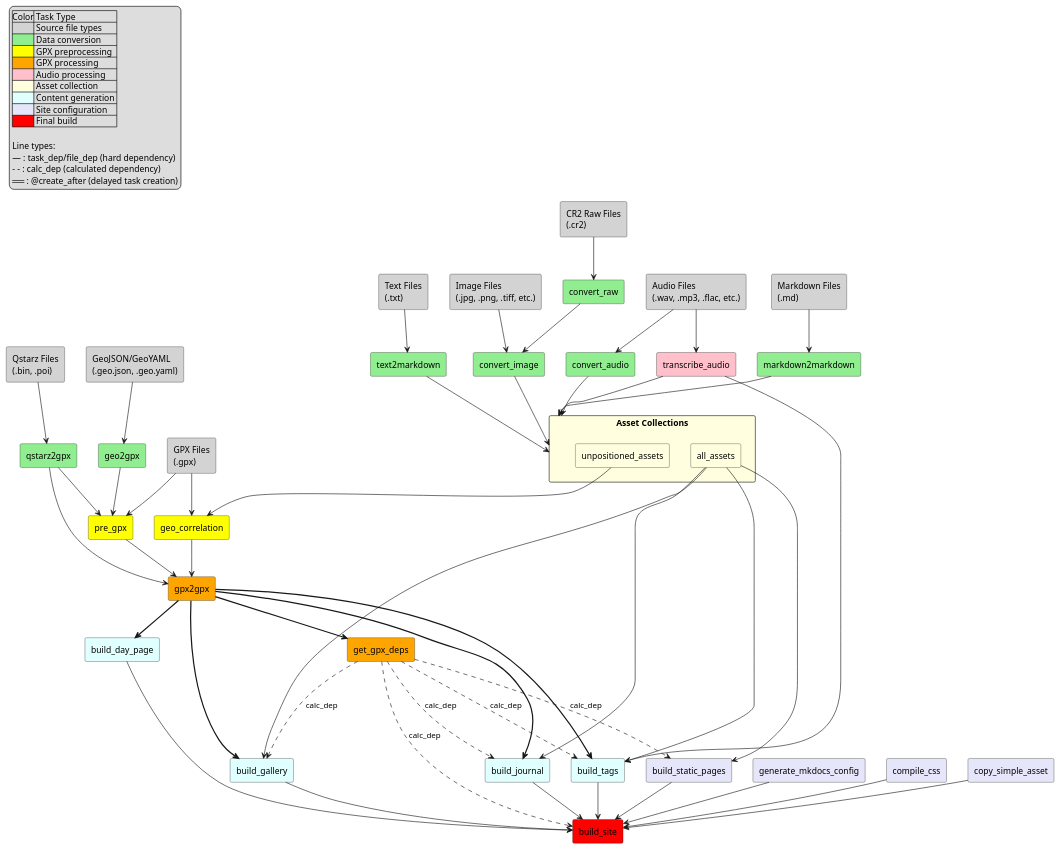
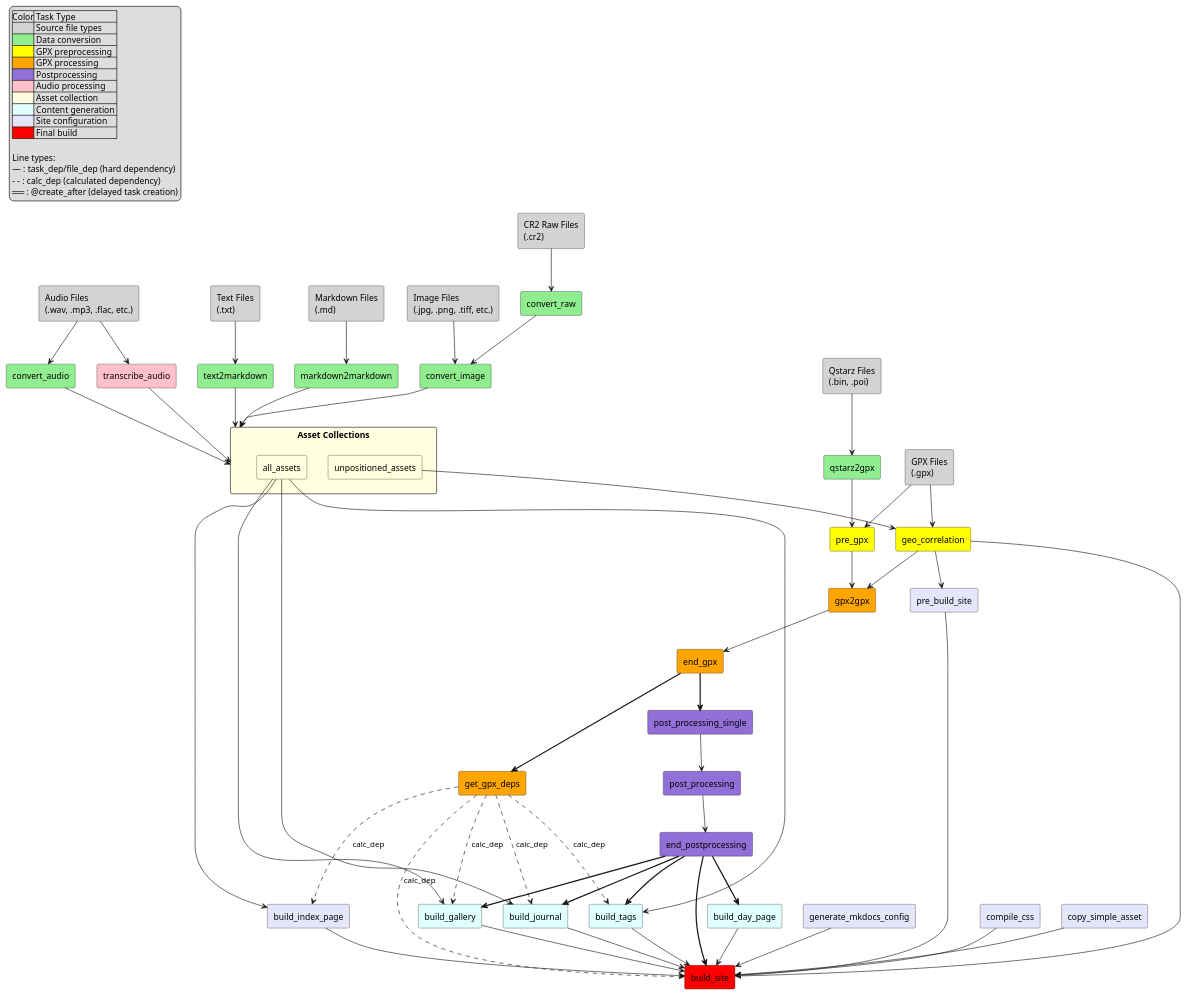
One commit to bytehexe/mkmapdiary changed the diagram in docs/reference/task-dependencies.puml. Above: the diagram before and after it, drawn with PlantUML. The commit also changed 1 other file, not shown here.

Commit message:
docs: Update task dependencies documentation

```diff
--- a/docs/reference/task-dependencies.puml
+++ b/docs/reference/task-dependencies.puml
@@ -21,6 +21,7 @@
 '    - #lightgreen: Data conversion (file format transformations)
 '    - #yellow: GPX preprocessing (preparation steps)
 '    - #orange: GPX processing (main GPS data processing)
+'    - #mediumpurple: Postprocessing (AI-based analysis and enhancement)
 '    - #pink: Audio processing (transcription, conversion)
 '    - #lightyellow: Asset collection (pseudo-nodes for grouping)
 '    - #lightcyan: Content generation (page building)
@@ -31,6 +32,8 @@
 '    - Add source file type nodes to show the complete pipeline from input to output
 '    - Use pseudo-nodes like 'all_assets' to simplify complex many-to-many relationships
 '    - This prevents visual clutter when multiple tasks depend on the same set of outputs
+'    - Directory creation dependencies (create_directory) are omitted for diagram readability
+'      since most tasks have implicit dependencies on directory creation
 '
 ' 5. FINDING DEPENDENCIES:
 '    - Check task_dep arrays in task functions
@@ -55,13 +58,11 @@
 rectangle "Image Files\n(.jpg, .png, .tiff, etc.)" as image_files #lightgray
 rectangle "CR2 Raw Files\n(.cr2)" as cr2_files #lightgray
 rectangle "GPX Files\n(.gpx)" as gpx_files #lightgray
-rectangle "GeoJSON/GeoYAML\n(.geo.json, .geo.yaml)" as geo_files #lightgray
 rectangle "Qstarz Files\n(.bin, .poi)" as qstarz_files #lightgray
 rectangle "Text Files\n(.txt)" as text_files #lightgray
 rectangle "Markdown Files\n(.md)" as markdown_files #lightgray
 
 ' Data conversion tasks
-rectangle "geo2gpx" as geo2gpx #lightgreen
 rectangle "qstarz2gpx" as qstarz2gpx #lightgreen
 rectangle "convert_raw" as convert_raw #lightgreen
 rectangle "convert_image" as convert_image #lightgreen
@@ -73,7 +74,13 @@
 rectangle "pre_gpx" as pre_gpx #yellow
 rectangle "geo_correlation" as geo_correlation #yellow
 rectangle "gpx2gpx" as gpx2gpx #orange
+rectangle "end_gpx" as end_gpx #orange
 rectangle "get_gpx_deps" as get_gpx_deps #orange
+
+' Postprocessing tasks
+rectangle "post_processing_single" as post_processing_single #mediumpurple
+rectangle "post_processing" as post_processing #mediumpurple
+rectangle "end_postprocessing" as end_postprocessing #mediumpurple
 
 ' Content generation tasks
 rectangle "transcribe_audio" as transcribe_audio #pink
@@ -90,9 +97,10 @@
 
 ' Site building tasks
 rectangle "generate_mkdocs_config" as generate_mkdocs_config #lavender
-rectangle "build_static_pages" as build_static_pages #lavender
+rectangle "build_index_page" as build_index_page #lavender
 rectangle "compile_css" as compile_css #lavender
 rectangle "copy_simple_asset" as copy_simple_asset #lavender
+rectangle "pre_build_site" as pre_build_site #lavender
 rectangle "build_site" as build_site #red
 
 ' Source file to conversion task dependencies
@@ -102,13 +110,11 @@
 cr2_files --> convert_raw
 convert_raw --> convert_image
 gpx_files --> pre_gpx
-geo_files --> geo2gpx
 qstarz_files --> qstarz2gpx
 text_files --> text2markdown
 markdown_files --> markdown2markdown
 
 ' Dependencies for pre_gpx
-geo2gpx --> pre_gpx
 qstarz2gpx --> pre_gpx
 
 ' Dependencies for geo_correlation
@@ -117,14 +123,24 @@
 ' Dependencies for gpx2gpx
 pre_gpx --> gpx2gpx
 geo_correlation --> gpx2gpx
-qstarz2gpx --> gpx2gpx
 
-' Dependencies from gpx2gpx (using @create_after decorator)
-gpx2gpx ==> get_gpx_deps
-gpx2gpx ==> build_day_page
-gpx2gpx ==> build_gallery
-gpx2gpx ==> build_journal
-gpx2gpx ==> build_tags
+' Dependencies for end_gpx
+gpx2gpx --> end_gpx
+
+' Dependencies from end_gpx (using @create_after decorator)
+end_gpx ==> get_gpx_deps
+end_gpx ==> post_processing_single
+
+' Postprocessing pipeline
+post_processing_single --> post_processing
+post_processing --> end_postprocessing
+
+' Dependencies from end_postprocessing (using @create_after decorator)
+end_postprocessing ==> build_day_page
+end_postprocessing ==> build_gallery
+end_postprocessing ==> build_journal
+end_postprocessing ==> build_tags
+end_postprocessing ==> build_site
 
 ' Asset dependencies (file_dep on all assets)
 convert_image --> asset_collections
@@ -137,14 +153,11 @@
 all_assets --> build_gallery
 all_assets --> build_journal
 all_assets --> build_tags
-all_assets --> build_static_pages
+all_assets --> build_index_page
 unpositioned_assets --> geo_correlation
 
-' Dependencies for build_tags
-transcribe_audio --> build_tags
-
 ' Dependencies for build_site
-build_static_pages --> build_site
+build_index_page --> build_site
 generate_mkdocs_config --> build_site
 compile_css --> build_site
 copy_simple_asset --> build_site
@@ -152,15 +165,20 @@
 build_gallery --> build_site
 build_journal --> build_site
 build_tags --> build_site
+pre_build_site --> build_site
+geo_correlation --> build_site
 get_gpx_deps -.-> build_site : calc_dep
 
-' Dependencies for build_static_pages
-get_gpx_deps -.-> build_static_pages : calc_dep
+' Dependencies for build_index_page
+get_gpx_deps -.-> build_index_page : calc_dep
 
 ' Dependencies for content generation tasks
 get_gpx_deps -.-> build_gallery : calc_dep
 get_gpx_deps -.-> build_journal : calc_dep
 get_gpx_deps -.-> build_tags : calc_dep
+
+' Dependencies for pre_build_site
+geo_correlation --> pre_build_site
 
 ' Legend
 legend top left
@@ -169,6 +187,7 @@
   |<#lightgreen>| Data conversion |
   |<#yellow>| GPX preprocessing |
   |<#orange>| GPX processing |
+  |<#mediumpurple>| Postprocessing |
   |<#pink>| Audio processing |
   |<#lightyellow>| Asset collection |
   |<#lightcyan>| Content generation |
```
